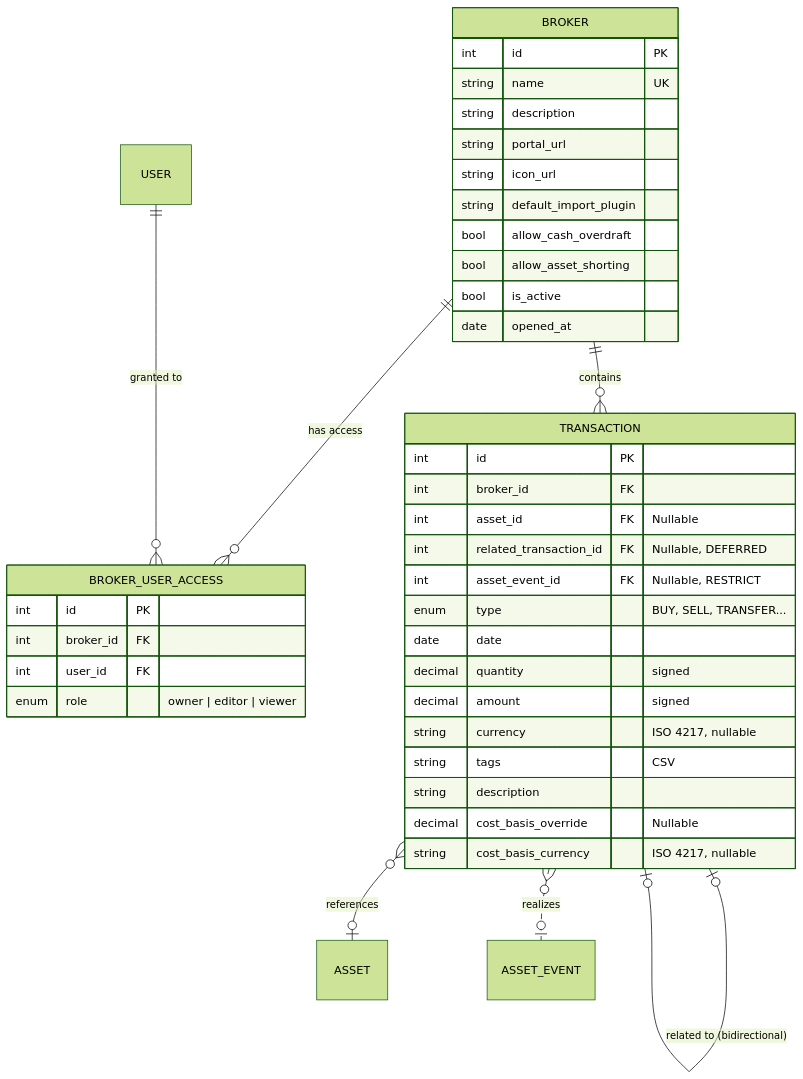
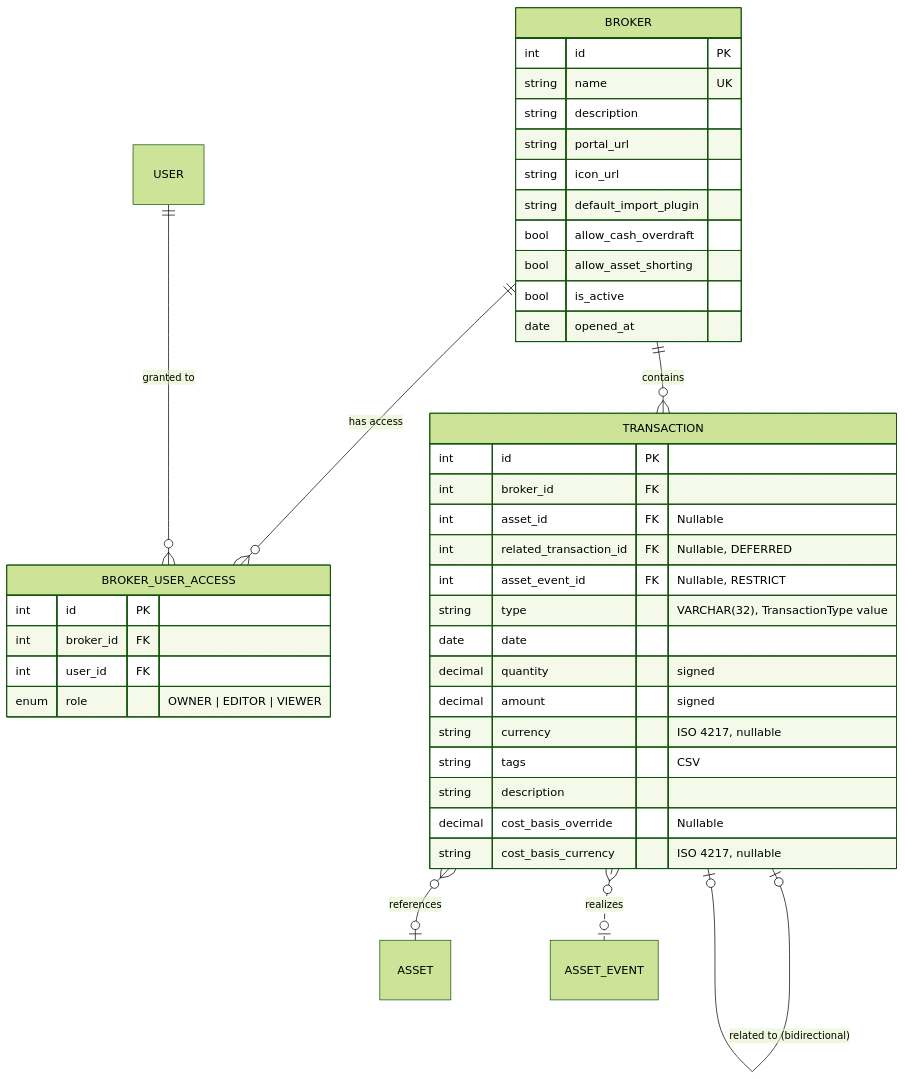
The diagram in mkdocs_src/docs/developer/architecture/database/brokers_transactions.md (Librefolio/LibreFolio), drawn with Mermaid (forest theme) before and after one commit. The commit also changed other lines of this file and 49 other files, not shown here.

````diff
--- a/mkdocs_src/docs/developer/architecture/database/brokers_transactions.md
+++ b/mkdocs_src/docs/developer/architecture/database/brokers_transactions.md
@@ -7,46 +7,46 @@
 ```mermaid
 erDiagram
     BROKER ||--o{ BROKER_USER_ACCESS : "has access"
     USER ||--o{ BROKER_USER_ACCESS : "granted to"
     BROKER ||--o{ TRANSACTION : "contains"
     TRANSACTION |o--o| TRANSACTION : "related to (bidirectional)"
     TRANSACTION }o--o| ASSET : "references"
     TRANSACTION }o..o| ASSET_EVENT : "realizes"
 
     BROKER {
         int id PK
         string name UK
         string description
         string portal_url
         string icon_url
         string default_import_plugin
         bool allow_cash_overdraft
         bool allow_asset_shorting
         bool is_active
         date opened_at
     }
 
     BROKER_USER_ACCESS {
         int id PK
         int broker_id FK
         int user_id FK
-        enum role "owner | editor | viewer"
+        enum role "OWNER | EDITOR | VIEWER"
     }
 
     TRANSACTION {
         int id PK
         int broker_id FK
         int asset_id FK "Nullable"
         int related_transaction_id FK "Nullable, DEFERRED"
         int asset_event_id FK "Nullable, RESTRICT"
-        enum type "BUY, SELL, TRANSFER..."
+        string type "VARCHAR(32), TransactionType value"
         date date
         decimal quantity "signed"
         decimal amount "signed"
         string currency "ISO 4217, nullable"
         string tags "CSV"
         string description
         decimal cost_basis_override "Nullable"
         string cost_basis_currency "ISO 4217, nullable"
     }
 ```
````
